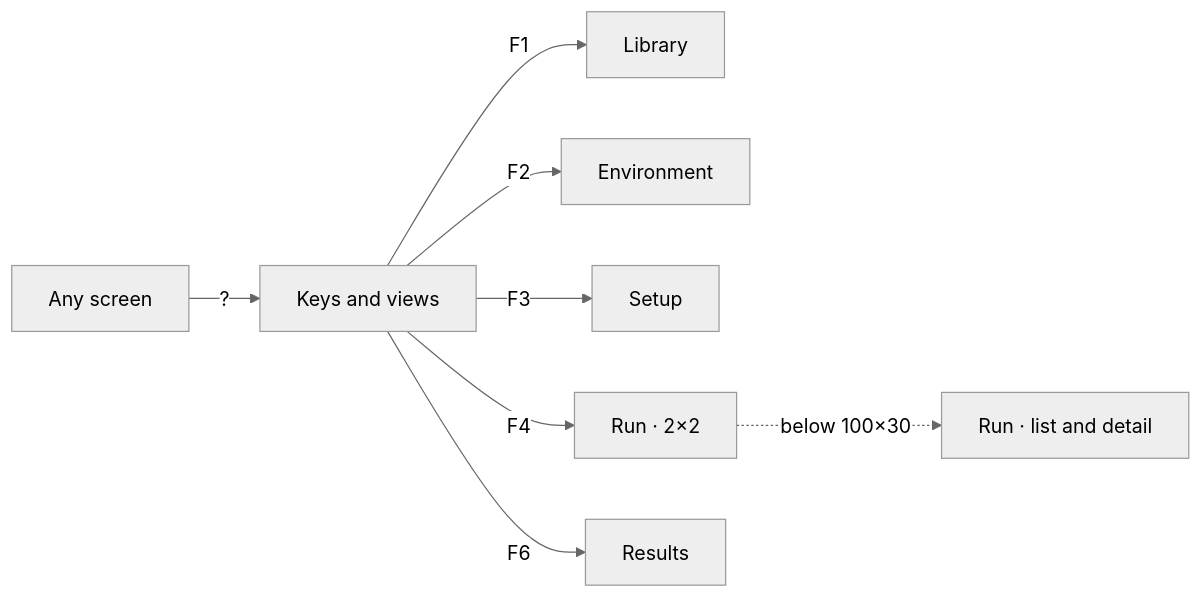
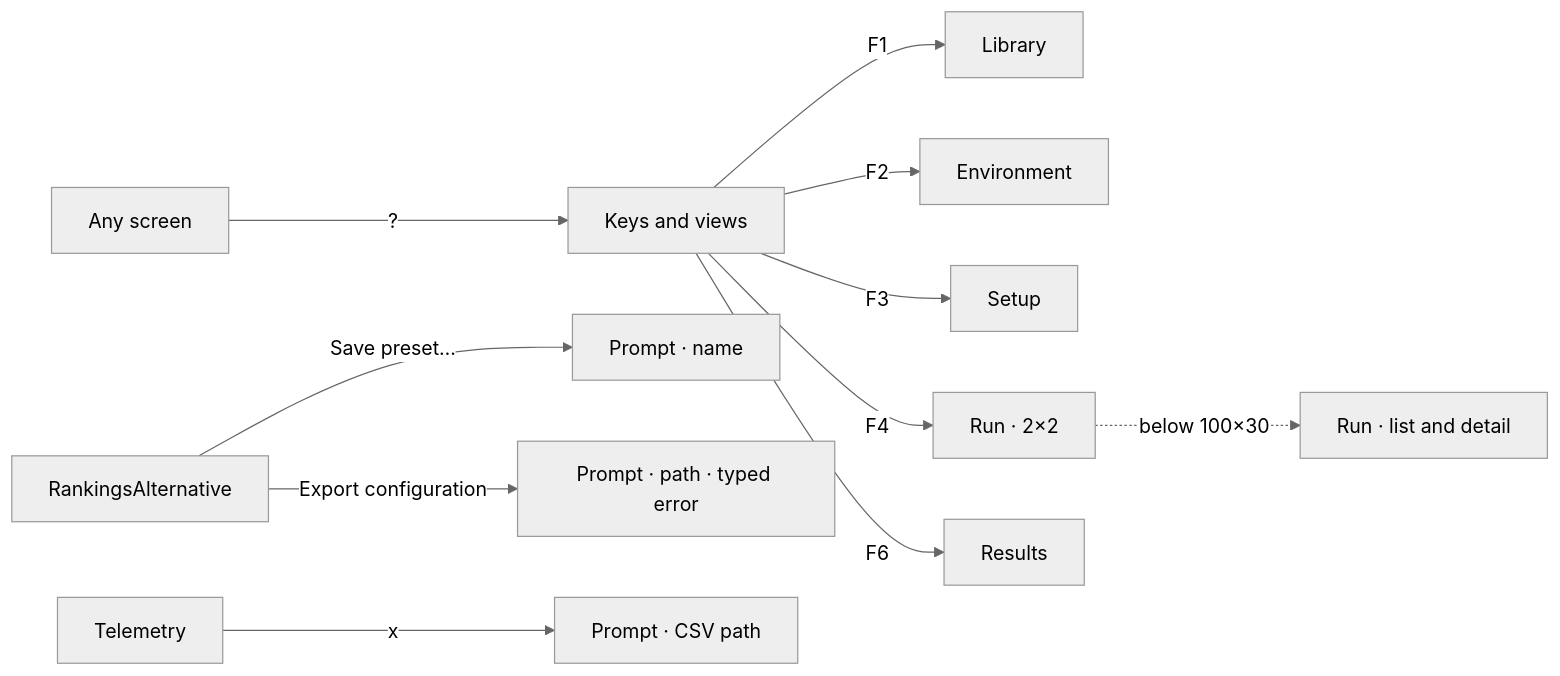
Before and after one commit to AxionomicAI/AxBenchmark: diagram 20 of 23 in spec/design/wireframe-tui/navigation.md, drawn with Mermaid (neutral theme). The commit also changed other lines of this file and 228 other files, not shown here.

````diff
--- a/spec/design/wireframe-tui/navigation.md
+++ b/spec/design/wireframe-tui/navigation.md
@@ -358,10 +436,13 @@
 ```mermaid
 flowchart LR
     Any["Any screen"] -->|?| HelpKeys["Keys and views"]
     HelpKeys -->|F1| Library
     HelpKeys -->|F2| Environment
     HelpKeys -->|F3| Setup
     HelpKeys -->|F4| RunOverview["Run · 2×2"]
     HelpKeys -->|F6| Results
     RunOverview -.->|below 100×30| RunListDetail["Run · list and detail"]
+    RankingsAlternative -->|Save preset…| PromptSavePreset["Prompt · name"]
+    RankingsAlternative -->|Export configuration| PromptExportConfig["Prompt · path · typed error"]
+    Telemetry -->|x| PromptExportCsv["Prompt · CSV path"]
 ```
````
